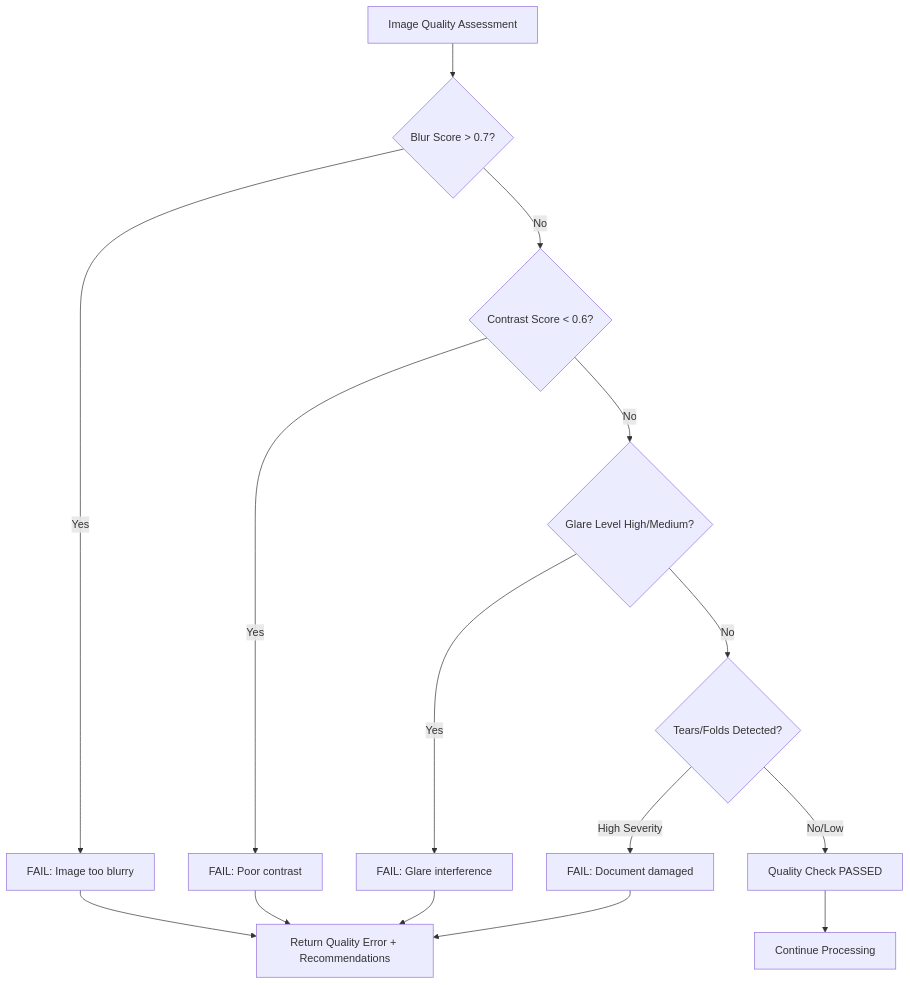
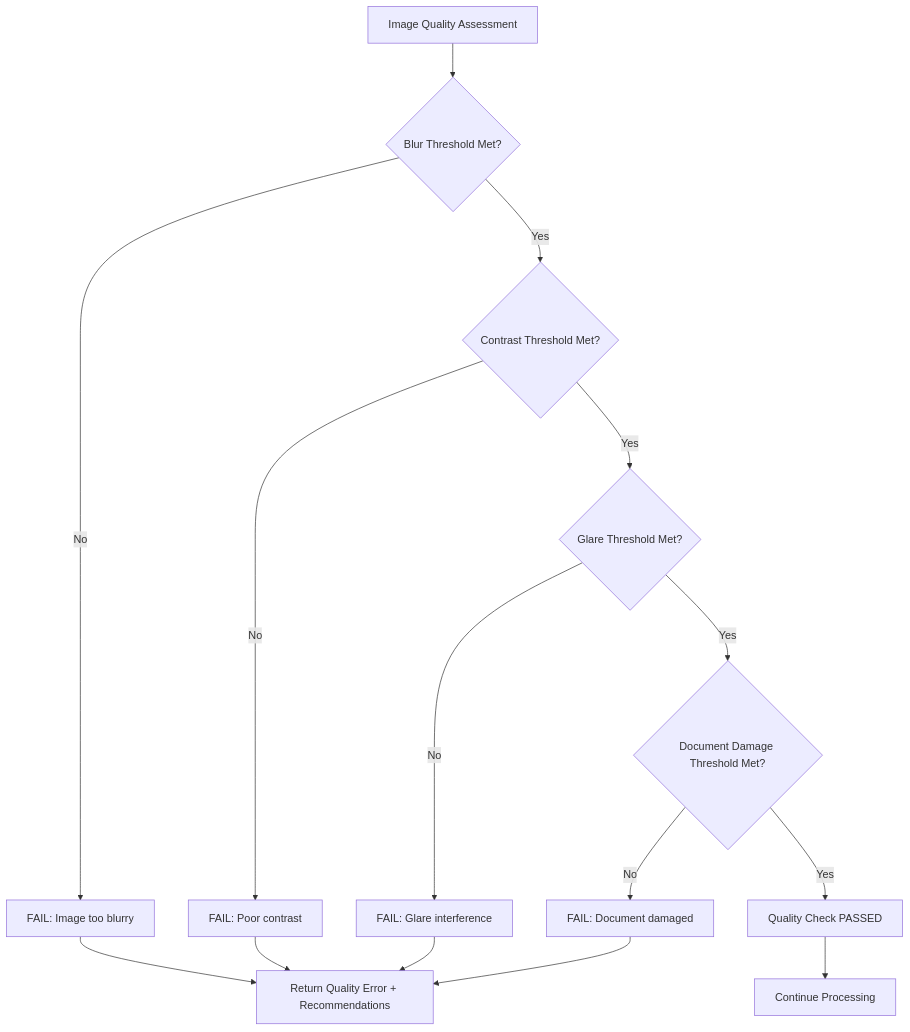
The fourth of 7 diagrams in MVP_ARCHITECTURE_PLAN.md (Really-Great-Tech/expenses-ai-api-wrapper), drawn with Mermaid before and after one commit. The commit also changed other lines of this file, not shown here.

Commit message:
Updated MVP Architecture Plan

````diff
--- a/MVP_ARCHITECTURE_PLAN.md
+++ b/MVP_ARCHITECTURE_PLAN.md
@@ -244,18 +277,18 @@
 ```mermaid
 graph TD
-    A[Image Quality Assessment] --> B{Blur Score > 0.7?}
-    B -->|Yes| C[FAIL: Image too blurry]
-    B -->|No| D{Contrast Score < 0.6?}
-    D -->|Yes| E[FAIL: Poor contrast]
-    D -->|No| F{Glare Level High/Medium?}
-    F -->|Yes| G[FAIL: Glare interference]
-    F -->|No| H{Tears/Folds Detected?}
-    H -->|High Severity| I[FAIL: Document damaged]
-    H -->|No/Low| J[Quality Check PASSED]
+    A[Image Quality Assessment] --> B{Blur Threshold Met?}
+    B -->|No| C[FAIL: Image too blurry]
+    B -->|Yes| D{Contrast Threshold Met?}
+    D -->|No| E[FAIL: Poor contrast]
+    D -->|Yes| F{Glare Threshold Met?}
+    F -->|No| G[FAIL: Glare interference]
+    F -->|Yes| H{Document Damage Threshold Met?}
+    H -->|No| I[FAIL: Document damaged]
+    H -->|Yes| J[Quality Check PASSED]
     J --> K[Continue Processing]
     
     C --> L[Return Quality Error + Recommendations]
     E --> L
     G --> L
     I --> L
 ```
````
